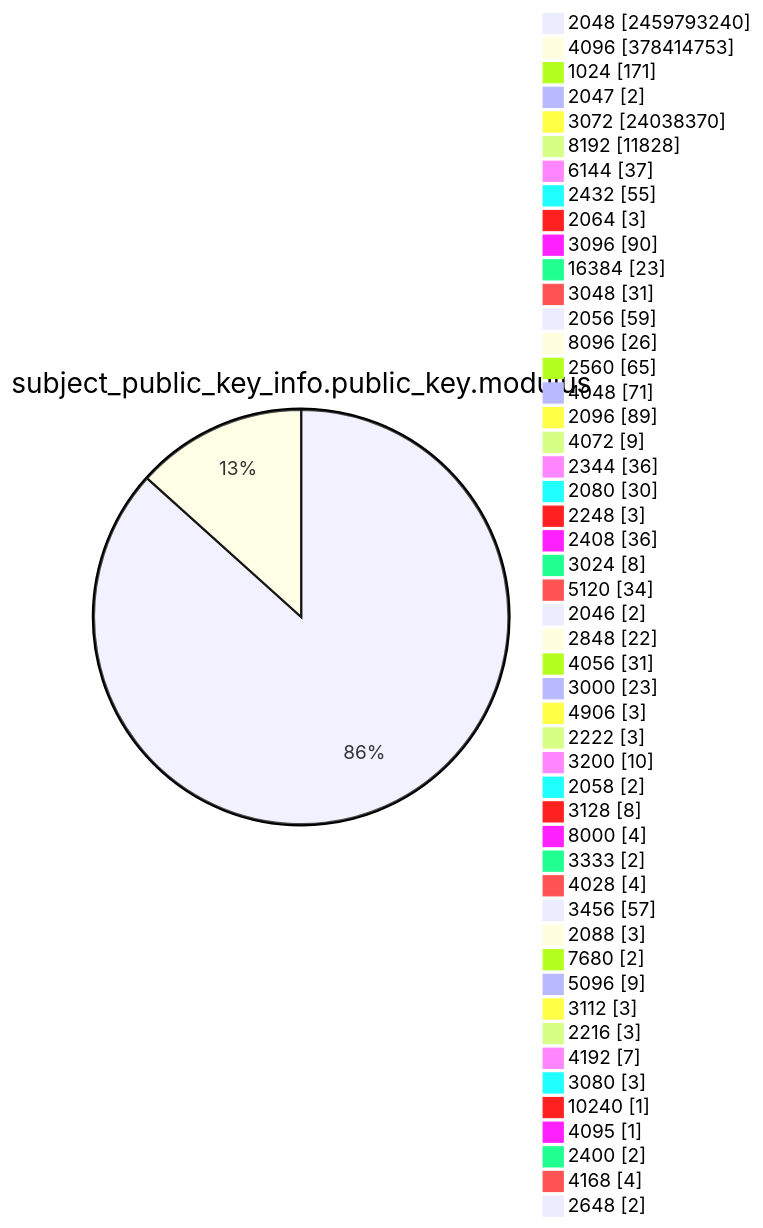
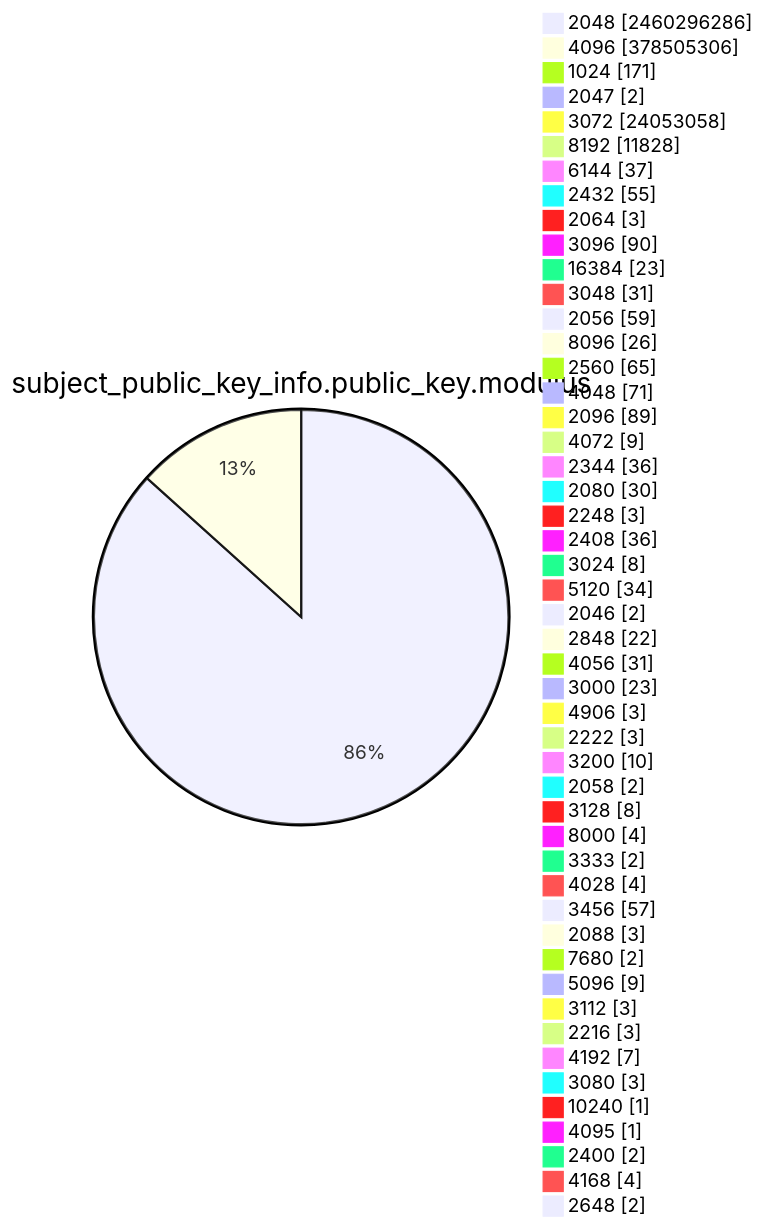
Before and after one commit to christiankrug/ctmonitor_visualization: diagram 13 of 15 in TOTAL/README.md, drawn with Mermaid. The commit also changed other lines of this file, not shown here.

````diff
--- a/TOTAL/README.md
+++ b/TOTAL/README.md
@@ -4168,53 +4168,53 @@
 ```mermaid
 pie showData
 title subject_public_key_info.public_key.modulus
-"2048" :2459793240
-"4096" :378414753
+"2048" :2460296286
+"4096" :378505306
 "1024" :171
 "2047" :2
-"3072" :24038370
+"3072" :24053058
 "8192" :11828
 "6144" :37
 "2432" :55
 "2064" :3
 "3096" :90
 "16384" :23
 "3048" :31
 "2056" :59
 "8096" :26
 "2560" :65
 "4048" :71
 "2096" :89
 "4072" :9
 "2344" :36
 "2080" :30
 "2248" :3
 "2408" :36
 "3024" :8
 "5120" :34
 "2046" :2
 "2848" :22
 "4056" :31
 "3000" :23
 "4906" :3
 "2222" :3
 "3200" :10
 "2058" :2
 "3128" :8
 "8000" :4
 "3333" :2
 "4028" :4
 "3456" :57
 "2088" :3
 "7680" :2
 "5096" :9
 "3112" :3
 "2216" :3
 "4192" :7
 "3080" :3
 "10240" :1
 "4095" :1
 "2400" :2
 "4168" :4
 "2648" :2
 ```
````
